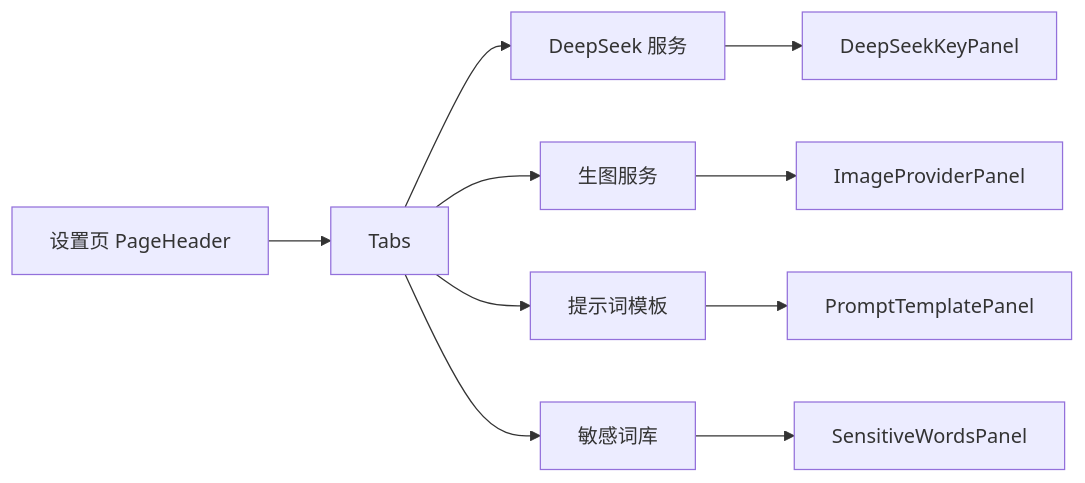
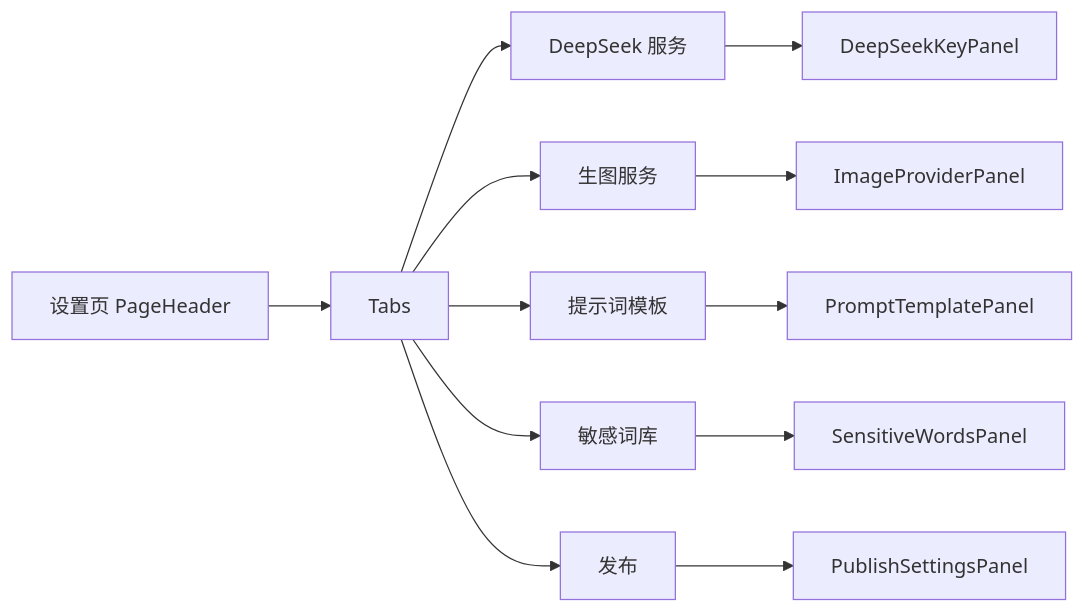
The diagram in .ai/blueprints/2026-11-01-settings-tabs.md (guestccc/comic-workbench), drawn with Mermaid before and after one commit. The commit also changed other lines of this file and 59 other files, not shown here.

````diff
--- a/.ai/blueprints/2026-11-01-settings-tabs.md
+++ b/.ai/blueprints/2026-11-01-settings-tabs.md
@@ -17,12 +18,14 @@
 ```mermaid
 flowchart LR
     S["设置页 PageHeader"] --> T["Tabs"]
     T --> D["DeepSeek 服务"]
     T --> I["生图服务"]
     T --> P["提示词模板"]
     T --> W["敏感词库"]
+    T --> PB["发布"]
     D --> DC["DeepSeekKeyPanel"]
     I --> IC["ImageProviderPanel"]
     P --> PC["PromptTemplatePanel"]
     W --> WC["SensitiveWordsPanel"]
+    PB --> PBC["PublishSettingsPanel"]
 ```
````
